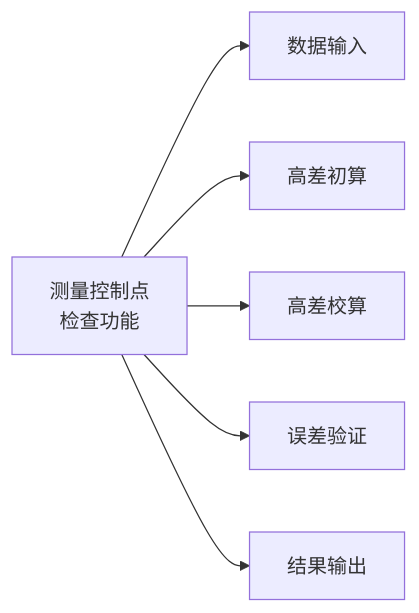
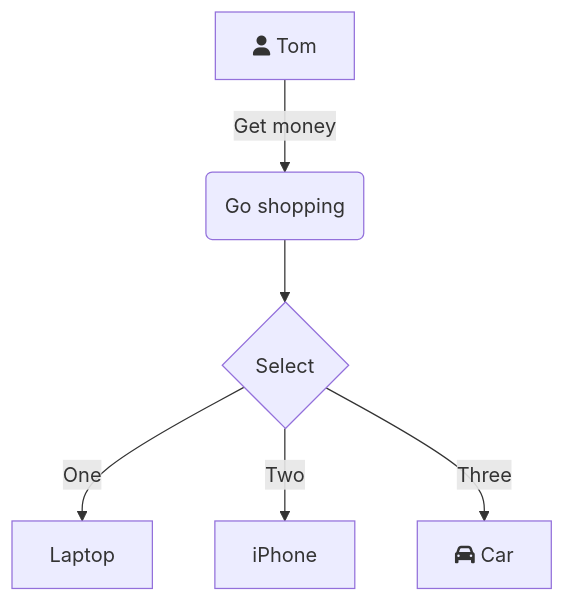
One commit to 2544622615/iodraw-files changed the diagram in all/未命名-2.md. Above: the diagram before and after it, drawn with Mermaid.

Commit message:
2024-08-17 15:18:06 update

````diff
--- a/all/未命名-2.md
+++ b/all/未命名-2.md
@@ -1,9 +1,8 @@
 ```mermaid
-graph LR
-    A[测量控制点\n 检查功能] --> B[数据输入]
-    A --> C[高差初算]
-    A --> D[高差校算]
-    A --> E[误差验证]
-    A --> F[结果输出]
-
+graph TD
+    A[fa:fa-user Tom] -->|Get money| B(Go shopping)
+    B --> C{Select}
+    C -->|One| D[Laptop]
+    C -->|Two| E[iPhone]
+    C -->|Three| F[fa:fa-car Car]
 ```
````
